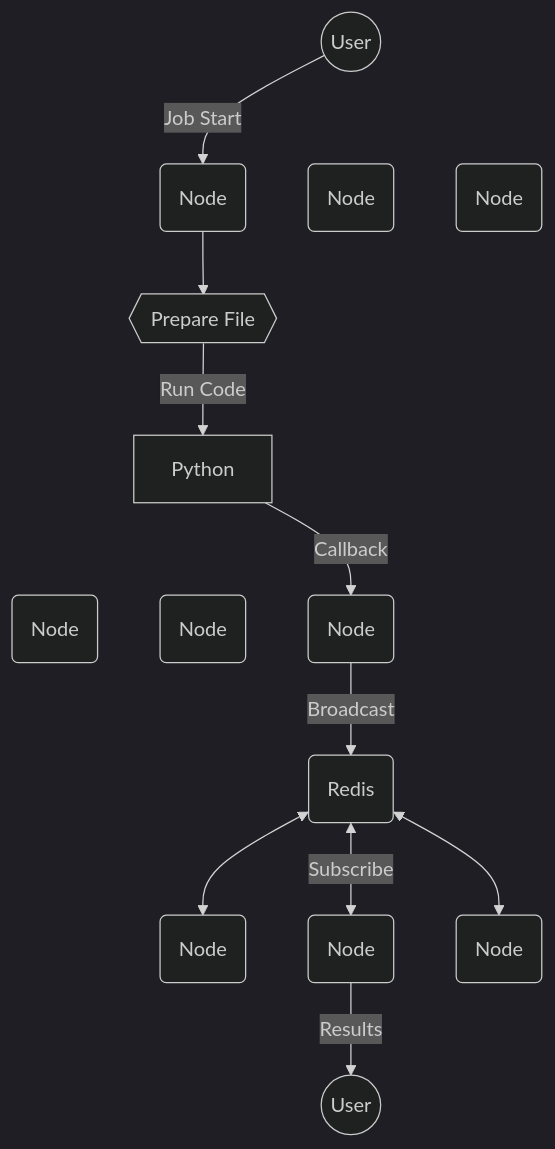
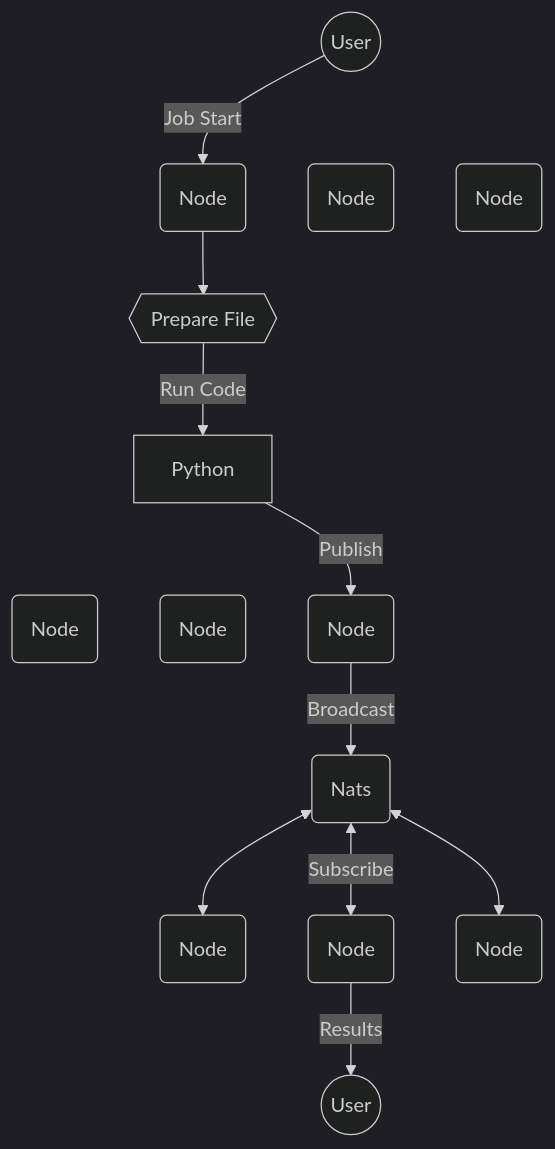
One commit to IBM/diem changed the first of 2 diagrams in applications/diem-help/docs/architecture/execution_flow.md. Above: the diagram before and after it, drawn with Mermaid (dark theme). The commit also changed other lines of this file and 13 other files, not shown here.

````diff
--- a/applications/diem-help/docs/architecture/execution_flow.md
+++ b/applications/diem-help/docs/architecture/execution_flow.md
@@ -7,32 +7,32 @@
 ```mermaid
 graph TD
   U1((User))
   U2((User))
   N1(Node)
   N2(Node)
   N3(Node)
   N4(Node)
   N5(Node)
   N6(Node)
   N7(Node)
   N8(Node)
   N9(Node)
-  R1(Redis)
+  R1(Nats)
   U1 -->|Job Start| N1
   U1 -.- N2
   U1 -.- N3
   N1 --> C{{Prepare File}}
   C -->|Run Code| D[Python]
   D -.- N4
   D -.- N5
-  D -->|Callback| N6
+  D -->|Publish| N6
   N6 -->|Broadcast| R1
   R1 <--> N7
   R1 <-->|Subscribe| N8
   R1 <--> N9
   N8 -->|Results| U2
   linkStyle 1 display:none;
   linkStyle 2 display:none;
   linkStyle 6 display:none;
   linkStyle 5 display:none;
   ```
````
